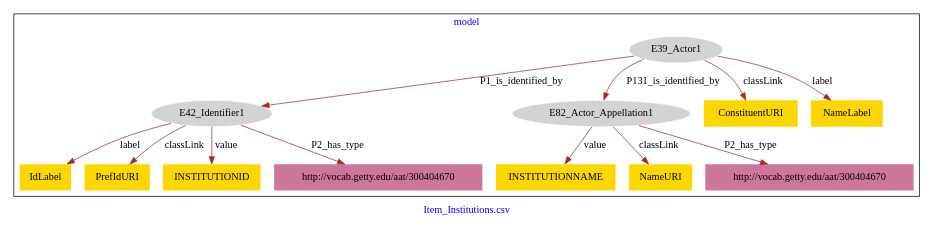
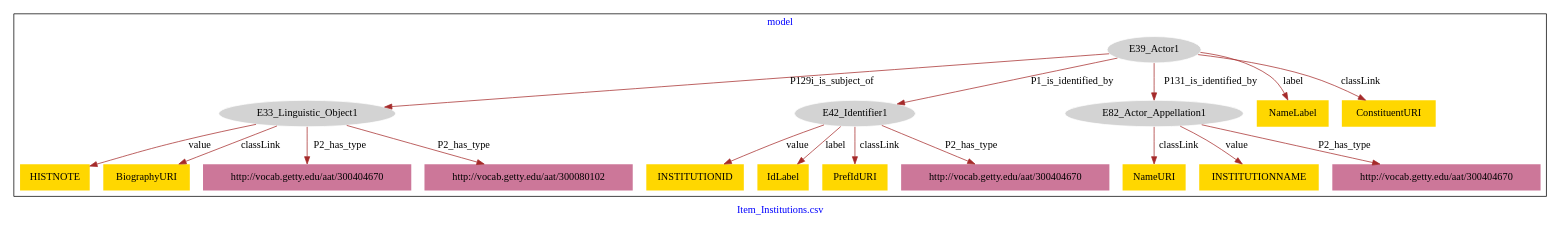
The diagram in Item_Institutions/Item_Institutions-model.dot (american-art/aaa), drawn with Graphviz before and after one commit.

Commit message:
Update file Item_Institutions-model.dot

```diff
--- a/Item_Institutions/Item_Institutions-model.dot
+++ b/Item_Institutions/Item_Institutions-model.dot
@@ -1,31 +1,41 @@
 digraph n0 {
 fontcolor="blue"
 remincross="true"
 label="Item_Institutions.csv"
 subgraph cluster {
 label="model"
 n2[style="filled",color="white",fillcolor="lightgray",label="E39_Actor1"];
-n3[style="filled",color="white",fillcolor="lightgray",label="E42_Identifier1"];
-n4[style="filled",color="white",fillcolor="lightgray",label="E82_Actor_Appellation1"];
-n5[shape="plaintext",style="filled",fillcolor="gold",label="ConstituentURI"];
-n6[shape="plaintext",style="filled",fillcolor="gold",label="INSTITUTIONNAME"];
-n7[shape="plaintext",style="filled",fillcolor="gold",label="IdLabel"];
-n8[shape="plaintext",style="filled",fillcolor="gold",label="PrefIdURI"];
-n9[shape="plaintext",style="filled",fillcolor="gold",label="INSTITUTIONID"];
-n10[shape="plaintext",style="filled",fillcolor="gold",label="NameLabel"];
-n11[shape="plaintext",style="filled",fillcolor="gold",label="NameURI"];
-n12[shape="plaintext",style="filled",fillcolor="#CC7799",label="http://vocab.getty.edu/aat/300404670"];
-n13[shape="plaintext",style="filled",fillcolor="#CC7799",label="http://vocab.getty.edu/aat/300404670"];
+n3[style="filled",color="white",fillcolor="lightgray",label="E33_Linguistic_Object1"];
+n4[style="filled",color="white",fillcolor="lightgray",label="E42_Identifier1"];
+n5[style="filled",color="white",fillcolor="lightgray",label="E82_Actor_Appellation1"];
+n6[shape="plaintext",style="filled",fillcolor="gold",label="HISTNOTE"];
+n7[shape="plaintext",style="filled",fillcolor="gold",label="NameURI"];
+n8[shape="plaintext",style="filled",fillcolor="gold",label="INSTITUTIONID"];
+n9[shape="plaintext",style="filled",fillcolor="gold",label="NameLabel"];
+n10[shape="plaintext",style="filled",fillcolor="gold",label="IdLabel"];
+n11[shape="plaintext",style="filled",fillcolor="gold",label="PrefIdURI"];
+n12[shape="plaintext",style="filled",fillcolor="gold",label="INSTITUTIONNAME"];
+n13[shape="plaintext",style="filled",fillcolor="gold",label="ConstituentURI"];
+n14[shape="plaintext",style="filled",fillcolor="gold",label="BiographyURI"];
+n15[shape="plaintext",style="filled",fillcolor="#CC7799",label="http://vocab.getty.edu/aat/300404670"];
+n16[shape="plaintext",style="filled",fillcolor="#CC7799",label="http://vocab.getty.edu/aat/300404670"];
+n17[shape="plaintext",style="filled",fillcolor="#CC7799",label="http://vocab.getty.edu/aat/300080102"];
+n18[shape="plaintext",style="filled",fillcolor="#CC7799",label="http://vocab.getty.edu/aat/300404670"];
 }
-n2 -> n3[color="brown",fontcolor="black",label="P1_is_identified_by"]
-n2 -> n4[color="brown",fontcolor="black",label="P131_is_identified_by"]
-n2 -> n5[color="brown",fontcolor="black",label="classLink"]
-n4 -> n6[color="brown",fontcolor="black",label="value"]
-n3 -> n7[color="brown",fontcolor="black",label="label"]
-n3 -> n8[color="brown",fontcolor="black",label="classLink"]
-n3 -> n9[color="brown",fontcolor="black",label="value"]
-n2 -> n10[color="brown",fontcolor="black",label="label"]
+n2 -> n3[color="brown",fontcolor="black",label="P129i_is_subject_of"]
+n2 -> n4[color="brown",fontcolor="black",label="P1_is_identified_by"]
+n2 -> n5[color="brown",fontcolor="black",label="P131_is_identified_by"]
+n3 -> n6[color="brown",fontcolor="black",label="value"]
+n5 -> n7[color="brown",fontcolor="black",label="classLink"]
+n4 -> n8[color="brown",fontcolor="black",label="value"]
+n2 -> n9[color="brown",fontcolor="black",label="label"]
+n4 -> n10[color="brown",fontcolor="black",label="label"]
 n4 -> n11[color="brown",fontcolor="black",label="classLink"]
-n4 -> n12[color="brown",fontcolor="black",label="P2_has_type"]
-n3 -> n13[color="brown",fontcolor="black",label="P2_has_type"]
+n5 -> n12[color="brown",fontcolor="black",label="value"]
+n2 -> n13[color="brown",fontcolor="black",label="classLink"]
+n3 -> n14[color="brown",fontcolor="black",label="classLink"]
+n5 -> n15[color="brown",fontcolor="black",label="P2_has_type"]
+n3 -> n16[color="brown",fontcolor="black",label="P2_has_type"]
+n3 -> n17[color="brown",fontcolor="black",label="P2_has_type"]
+n4 -> n18[color="brown",fontcolor="black",label="P2_has_type"]
 }
```
